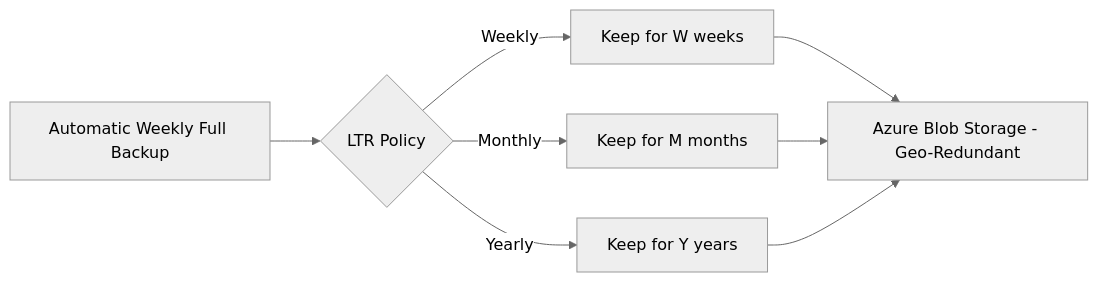
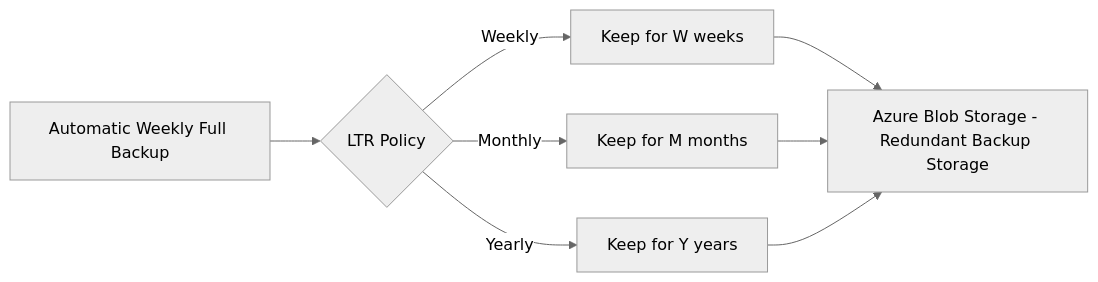
One commit to OneUptime/blog changed the diagram in posts/2026-02-16-how-to-configure-long-term-backup-retention-for-azure-sql-database/README.md. Above: the diagram before and after it, drawn with Mermaid (neutral theme). The commit also changed other lines of this file and 2 other files, not shown here.

Commit message:
validate: 2026-02-16-how-to-configure-long-term-backup-retention-for-azure-sql-database

````diff
--- a/posts/2026-02-16-how-to-configure-long-term-backup-retention-for-azure-sql-database/README.md
+++ b/posts/2026-02-16-how-to-configure-long-term-backup-retention-for-azure-sql-database/README.md
@@ -38,10 +38,10 @@
 ```mermaid
 flowchart LR
     A[Automatic Weekly Full Backup] --> B{LTR Policy}
     B -->|Weekly| C[Keep for W weeks]
     B -->|Monthly| D[Keep for M months]
     B -->|Yearly| E[Keep for Y years]
-    C --> F[Azure Blob Storage - Geo-Redundant]
+    C --> F[Azure Blob Storage - Redundant Backup Storage]
     D --> F
     E --> F
 ```
````
